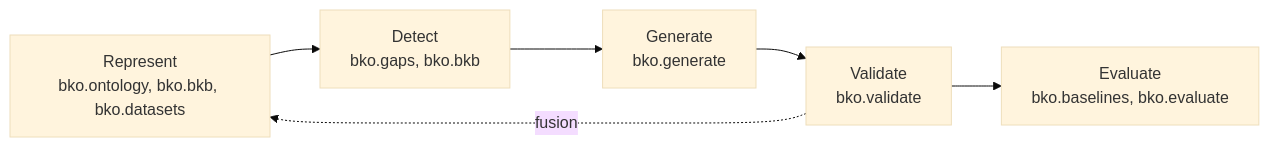
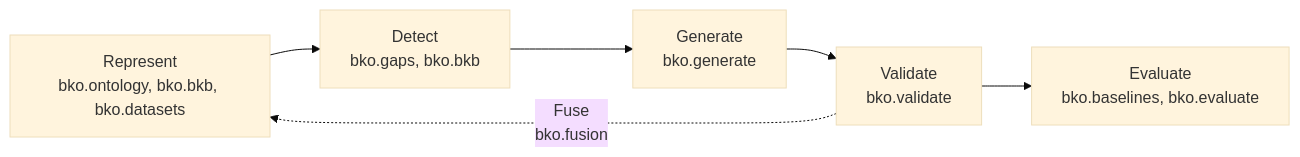
Before and after one commit to joe-dartmouth/synthetic: the diagram in docs/ARCHITECTURE.md, drawn with Mermaid (base theme). The commit also changed other lines of this file and 43 other files, not shown here.

First line of the commit message:
Fuse validated records and measure gap closure (proposal-fusion-repair) (#18)

````diff
--- a/docs/ARCHITECTURE.md
+++ b/docs/ARCHITECTURE.md
@@ -31,8 +31,8 @@
 ```mermaid
 flowchart LR
     R["Represent<br/>bko.ontology, bko.bkb, bko.datasets"] --> D["Detect<br/>bko.gaps, bko.bkb"]
     D --> G["Generate<br/>bko.generate"]
     G --> V["Validate<br/>bko.validate"]
     V --> E["Evaluate<br/>bko.baselines, bko.evaluate"]
-    V -.->|fusion| R
+    V -.->|"Fuse<br/>bko.fusion"| R
 ```
````
